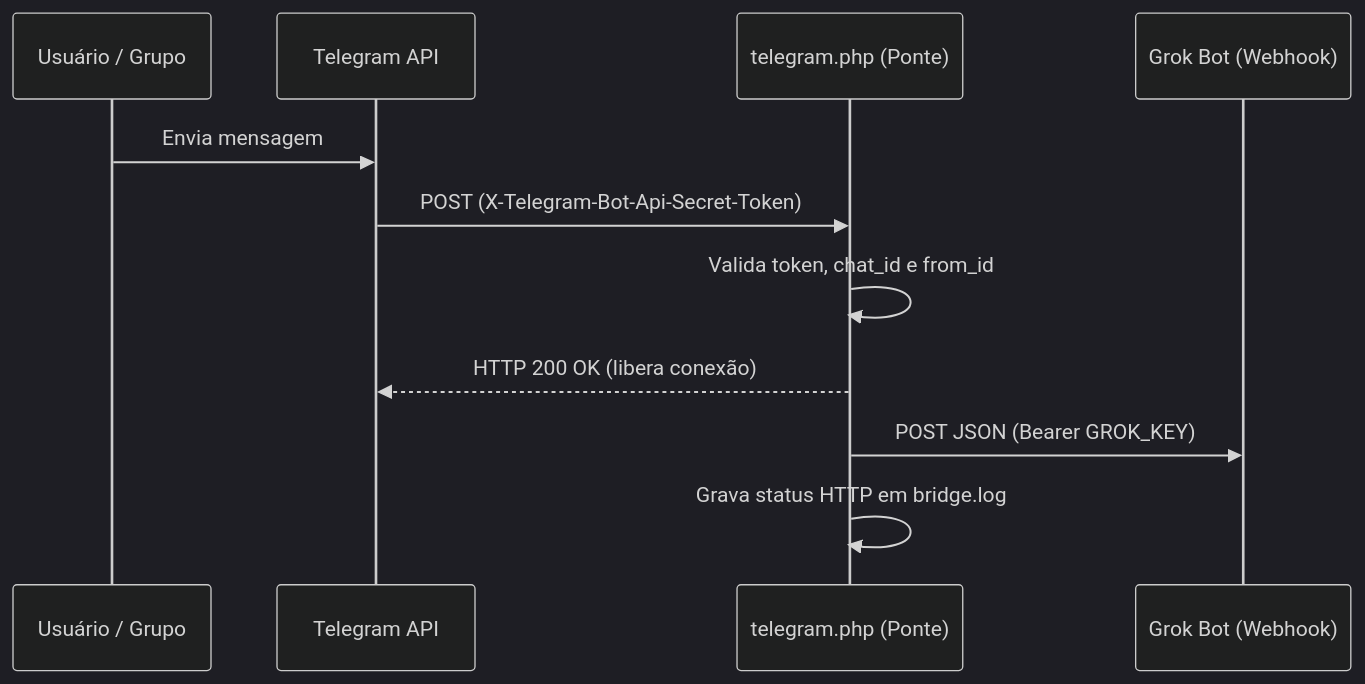
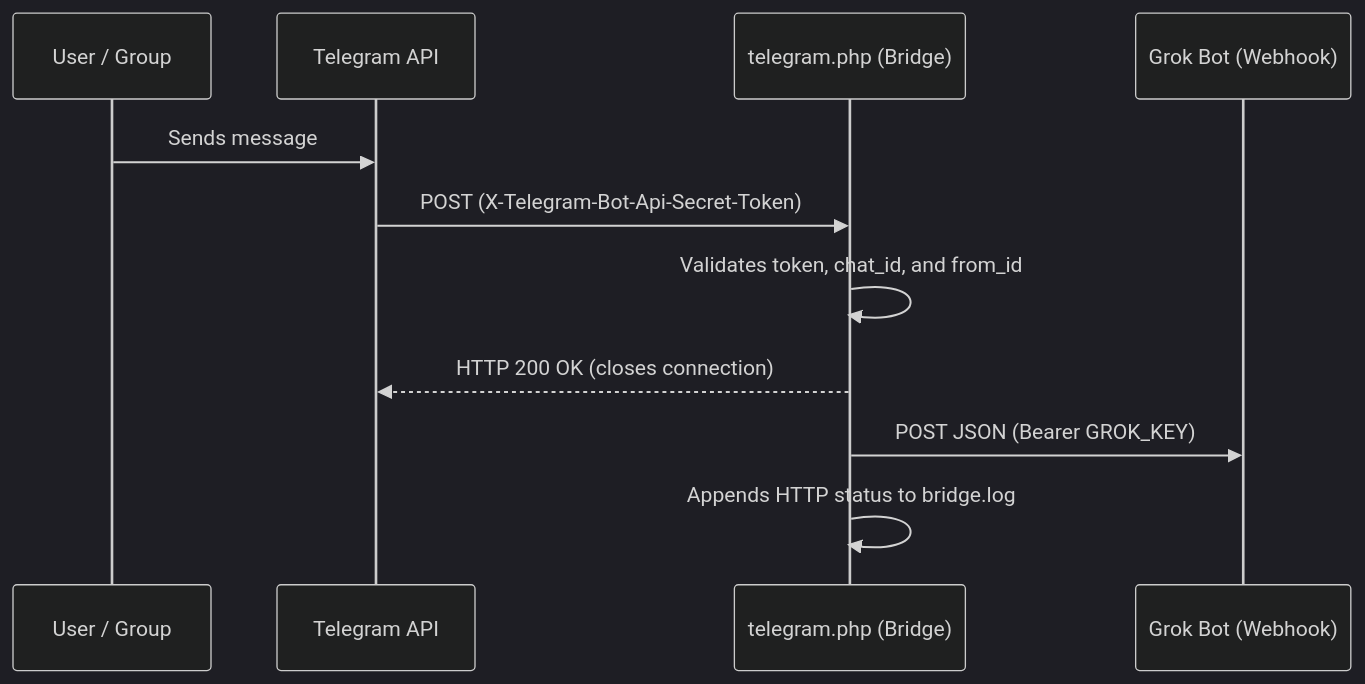
Before and after one commit to arismarioneves/grokbot-telegram: the diagram in README.md, drawn with Mermaid (dark theme). The commit also changed other lines of this file and 5 other files, not shown here.

````diff
--- a/README.md
+++ b/README.md
@@ -9,14 +9,14 @@
 ```mermaid
 sequenceDiagram
-    participant U as Usuário / Grupo
+    participant U as User / Group
     participant T as Telegram API
-    participant B as telegram.php (Ponte)
+    participant B as telegram.php (Bridge)
     participant G as Grok Bot (Webhook)
 
-    U->>T: Envia mensagem
+    U->>T: Sends message
     T->>B: POST (X-Telegram-Bot-Api-Secret-Token)
-    B->>B: Valida token, chat_id e from_id
-    B-->>T: HTTP 200 OK (libera conexão)
+    B->>B: Validates token, chat_id, and from_id
+    B-->>T: HTTP 200 OK (closes connection)
     B->>G: POST JSON (Bearer GROK_KEY)
-    B->>B: Grava status HTTP em bridge.log
+    B->>B: Appends HTTP status to bridge.log
 ```
````
